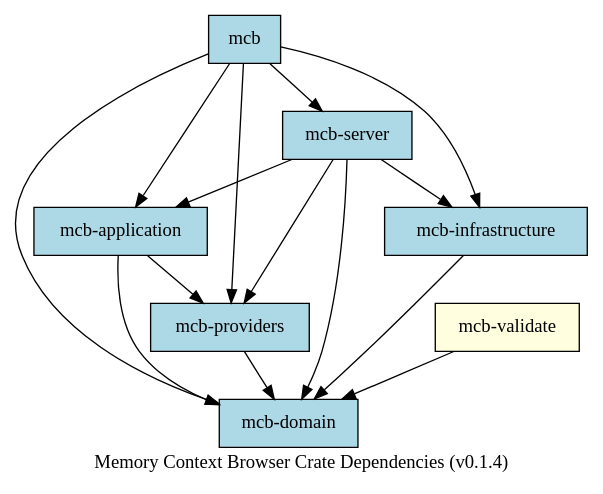
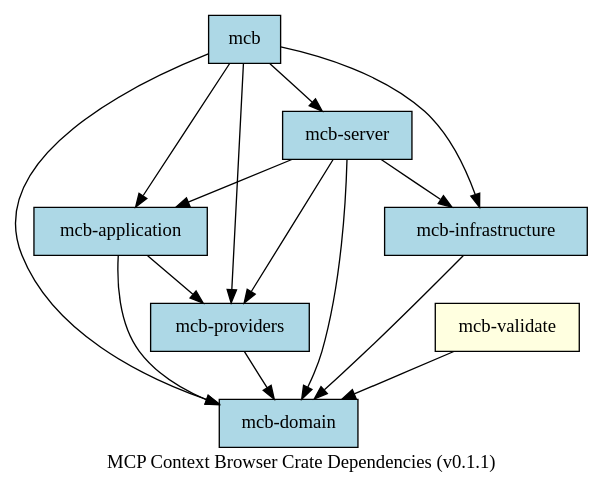
One commit to marlonsc/mcb changed the diagram in docs/modules/dependencies.md. Above: the diagram before and after it, drawn with Graphviz. The commit also changed other lines of this file and 57 other files, not shown here.

````diff
--- a/docs/modules/dependencies.md
+++ b/docs/modules/dependencies.md
@@ -7,29 +7,29 @@
 ```dot
 digraph {
     rankdir=TB;
     node [shape=box, style=filled, fillcolor=lightblue];
 
     "mcb" -> "mcb-server";
     "mcb" -> "mcb-application";
     "mcb" -> "mcb-domain";
     "mcb" -> "mcb-infrastructure";
     "mcb" -> "mcb-providers";
 
     "mcb-server" -> "mcb-application";
     "mcb-server" -> "mcb-domain";
     "mcb-server" -> "mcb-infrastructure";
     "mcb-server" -> "mcb-providers";
 
     "mcb-application" -> "mcb-domain";
     "mcb-application" -> "mcb-providers";
 
     "mcb-infrastructure" -> "mcb-domain";
 
     "mcb-providers" -> "mcb-domain";
 
     "mcb-validate" [fillcolor=lightyellow];
     "mcb-validate" -> "mcb-domain";
 
-    label="Memory Context Browser Crate Dependencies (v0.1.4)";
+    label="MCP Context Browser Crate Dependencies (v0.1.1)";
 }
 ```
````
